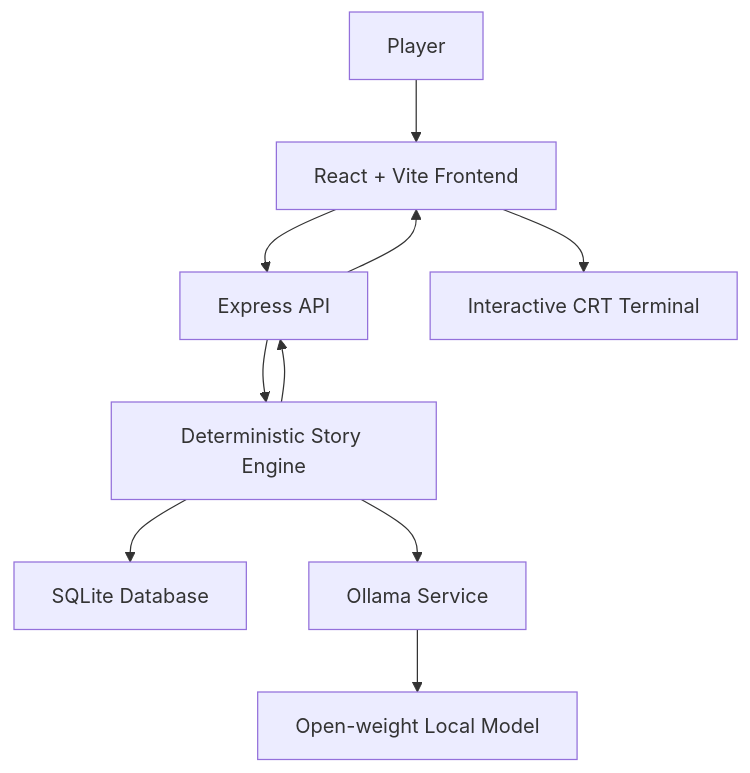
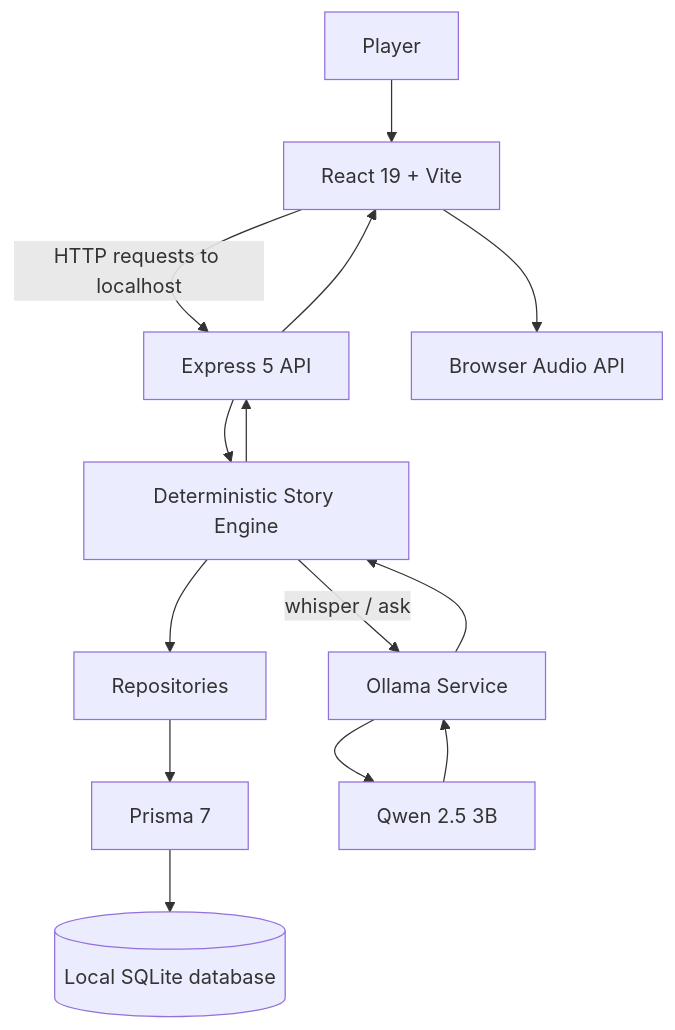
One commit to Kunal13Kashyap/haunted_terminal changed the diagram in README.md. Above: the diagram before and after it, drawn with Mermaid. The commit also changed other lines of this file, not shown here.

````diff
--- a/README.md
+++ b/README.md
@@ -97,12 +357,16 @@
-```mermaid
+``` mermaid
 flowchart TD
-    A[Player] --> B[React + Vite Frontend]
-    B --> C[Express API]
-    C --> D[Deterministic Story Engine]
-    D --> E[SQLite Database]
-    D --> F[Ollama Service]
-    F --> G[Open-weight Local Model]
-    D --> C
-    C --> B
-    B --> H[Interactive CRT Terminal]
+    U[Player] --> W[React 19 + Vite]
+    W -->|HTTP requests to localhost| A[Express 5 API]
+    A --> S[Deterministic Story Engine]
+    S --> R[Repositories]
+    R --> P[Prisma 7]
+    P --> DB[(Local SQLite database)]
+    S -->|whisper / ask| O[Ollama Service]
+    O --> M[Qwen 2.5 3B]
+    M --> O
+    O --> S
+    S --> A
+    A --> W
+    W --> AU[Browser Audio API]
 ```
````
